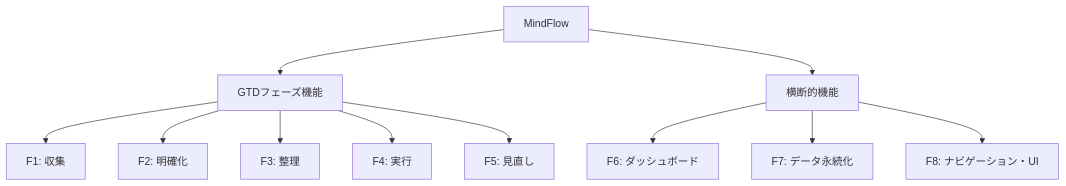
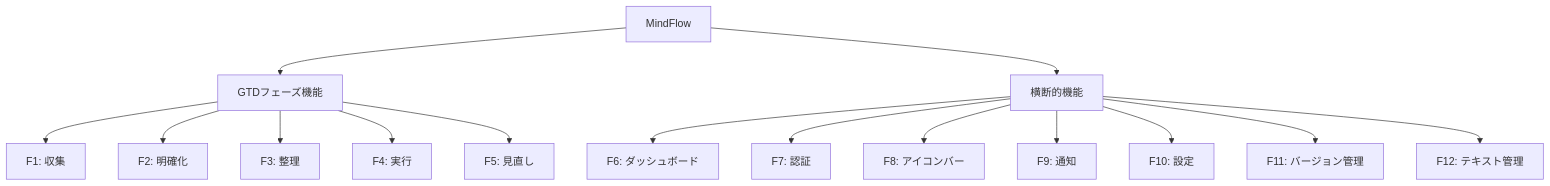
Before and after one commit to teppei19980914/Defrago: the diagram in docs/specs/feature_gtd.md, drawn with Mermaid. The commit also changed other lines of this file and 6 other files, not shown here.

````diff
--- a/docs/specs/feature_gtd.md
+++ b/docs/specs/feature_gtd.md
@@ -14,15 +14,19 @@
 ```mermaid
 graph TB
     MF[MindFlow] --> PHASE[GTDフェーズ機能]
     MF --> CROSS[横断的機能]
 
     PHASE --> F1[F1: 収集]
     PHASE --> F2[F2: 明確化]
     PHASE --> F3[F3: 整理]
     PHASE --> F4[F4: 実行]
     PHASE --> F5[F5: 見直し]
 
     CROSS --> F6[F6: ダッシュボード]
-    CROSS --> F7[F7: データ永続化]
-    CROSS --> F8[F8: ナビゲーション・UI]
+    CROSS --> F7[F7: 認証]
+    CROSS --> F8[F8: アイコンバー]
+    CROSS --> F9[F9: 通知]
+    CROSS --> F10[F10: 設定]
+    CROSS --> F11[F11: バージョン管理]
+    CROSS --> F12[F12: テキスト管理]
 ```
````
